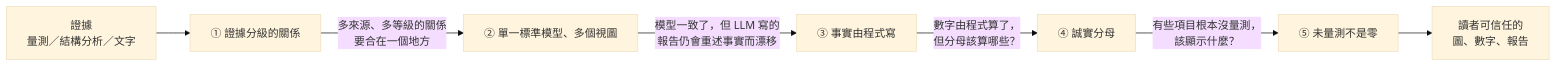
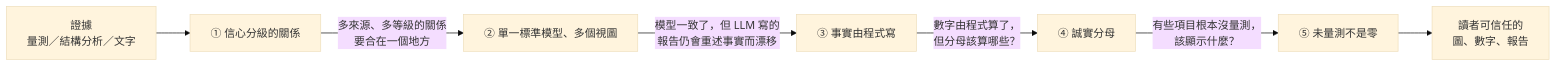
Before and after one commit to ANYuu531/ChatOps4Msa-Pipeline: the diagram in docs/asianplop-paper-zh.md, drawn with Mermaid (base theme). The commit also changed other lines of this file, not shown here.

````diff
--- a/docs/asianplop-paper-zh.md
+++ b/docs/asianplop-paper-zh.md
@@ -117,9 +153,9 @@
 ```mermaid
 flowchart LR
     E["證據<br/>量測／結構分析／文字"] --> P1
-    P1["① 證據分級的關係"] -->|"多來源、多等級的關係<br/>要合在一個地方"| P2
+    P1["① 信心分級的關係"] -->|"多來源、多等級的關係<br/>要合在一個地方"| P2
     P2["② 單一標準模型、多個視圖"] -->|"模型一致了，但 LLM 寫的<br/>報告仍會重述事實而漂移"| P3
     P3["③ 事實由程式寫"] -->|"數字由程式算了，<br/>但分母該算哪些？"| P4
     P4["④ 誠實分母"] -->|"有些項目根本沒量測，<br/>該顯示什麼？"| P5
     P5["⑤ 未量測不是零"] --> V["讀者可信任的<br/>圖、數字、報告"]
 ```
````
